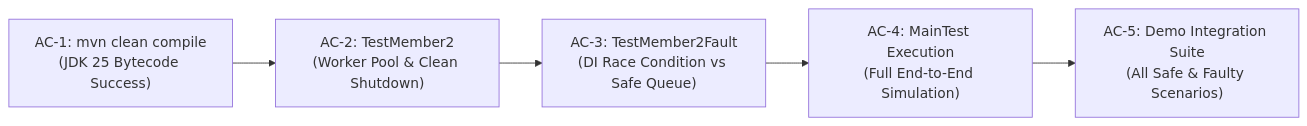
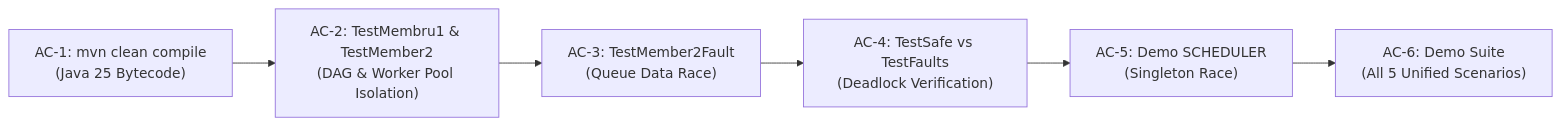
The tenth of 10 diagrams in reqs/reqs.md (SovietskySoldatie/FacultyProject-CEBP), drawn with Mermaid before and after one commit. The commit also changed other lines of this file and 4 other files, not shown here.

Commit message:
docs: comprehensive update of all documentation files, architecture, specifications, and README in English

````diff
--- a/reqs/reqs.md
+++ b/reqs/reqs.md
@@ -500,7 +509,8 @@
 ```mermaid
 flowchart LR
-    AC1["AC-1: mvn clean compile\n(JDK 25 Bytecode Success)"] --> AC2["AC-2: TestMember2\n(Worker Pool & Clean Shutdown)"]
-    AC2 --> AC3["AC-3: TestMember2Fault\n(DI Race Condition vs Safe Queue)"]
-    AC3 --> AC4["AC-4: MainTest Execution\n(Full End-to-End Simulation)"]
-    AC4 --> AC5["AC-5: Demo Integration Suite\n(All Safe & Faulty Scenarios)"]
+    AC1["AC-1: mvn clean compile\n(Java 25 Bytecode)"] --> AC2["AC-2: TestMembru1 & TestMember2\n(DAG & Worker Pool Isolation)"]
+    AC2 --> AC3["AC-3: TestMember2Fault\n(Queue Data Race)"]
+    AC3 --> AC4["AC-4: TestSafe vs TestFaults\n(Deadlock Verification)"]
+    AC4 --> AC5["AC-5: Demo SCHEDULER\n(Singleton Race)"]
+    AC5 --> AC6["AC-6: Demo Suite\n(All 5 Unified Scenarios)"]
 ```
````
